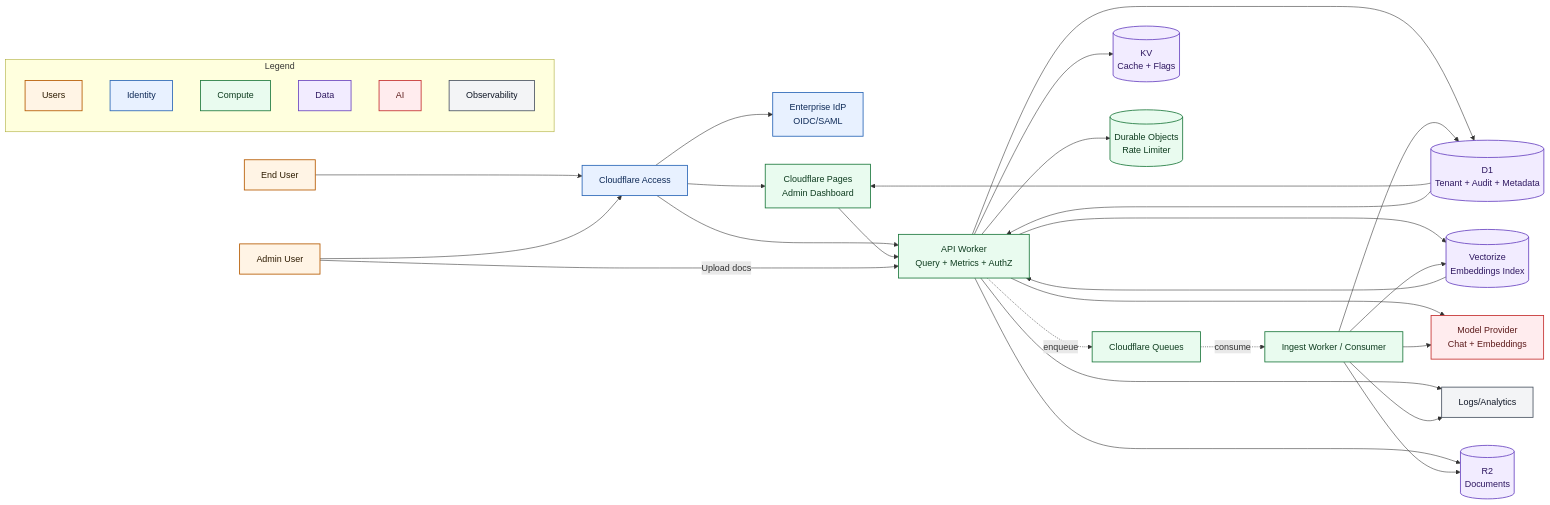
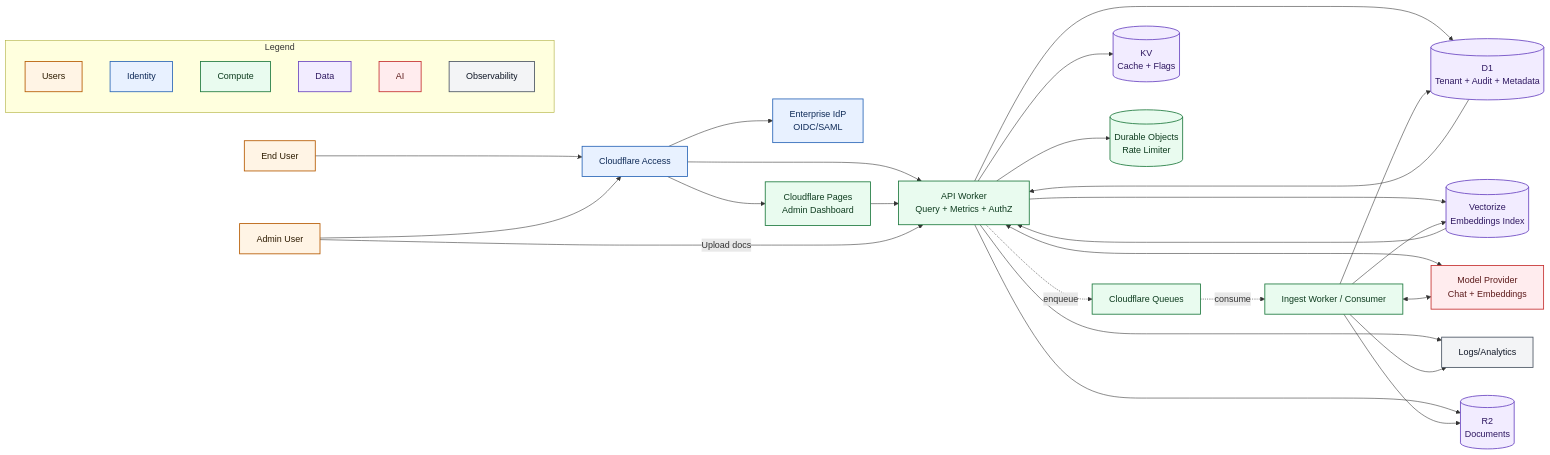
One commit to schradermade/compliance-assistant changed the diagram in infra/diagrams/cloudflare-system.mmd. Above: the diagram before and after it, drawn with Mermaid. The commit also changed 2 other files, not shown here.

Commit message:
docs(diagram): update architecture to finished-state interaction flows

```diff
--- a/infra/diagrams/cloudflare-system.mmd
+++ b/infra/diagrams/cloudflare-system.mmd
@@ -1,74 +1,73 @@
 flowchart LR
   user[End User]
   admin[Admin User]
   idp[Enterprise IdP<br/>OIDC/SAML]
   access[Cloudflare Access]
   pages[Cloudflare Pages<br/>Admin Dashboard]
   api[API Worker<br/>Query + Metrics + AuthZ]
   queue[Cloudflare Queues]
   ingest[Ingest Worker / Consumer]
   r2[(R2<br/>Documents)]
   vec[(Vectorize<br/>Embeddings Index)]
   d1[(D1<br/>Tenant + Audit + Metadata)]
   kv[(KV<br/>Cache + Flags)]
   do[(Durable Objects<br/>Rate Limiter)]
   llm[Model Provider<br/>Chat + Embeddings]
   logs[Logs/Analytics]
 
   user --> access
   admin --> access
   access --> idp
   access --> pages
   access --> api
 
   pages --> api
 
   api --> do
   api --> kv
   api --> d1
   api --> vec
-  api --> llm
+  api <--> llm
   api --> logs
 
   admin -->|Upload docs| api
   api --> r2
   api -. enqueue .-> queue
   queue -. consume .-> ingest
   ingest --> r2
-  ingest --> llm
+  ingest <--> llm
   ingest --> vec
   ingest --> d1
   ingest --> logs
 
   vec --> api
-  d1 --> pages
   d1 --> api
 
   subgraph legend[Legend]
     l1[Users]
     l2[Identity]
     l3[Compute]
     l4[Data]
     l5[AI]
     l6[Observability]
   end
 
   classDef users fill:#FFF4E5,stroke:#B65A00,stroke-width:1.5px,color:#2D1B00;
   classDef identity fill:#E8F1FF,stroke:#2A66B7,stroke-width:1.5px,color:#0E2A57;
   classDef compute fill:#E9FBEF,stroke:#1F7A3F,stroke-width:1.5px,color:#0D3B1E;
   classDef data fill:#F2ECFF,stroke:#6B46C1,stroke-width:1.5px,color:#2E1760;
   classDef ai fill:#FFECEE,stroke:#C53030,stroke-width:1.5px,color:#5C1A1A;
   classDef ops fill:#F3F4F6,stroke:#4B5563,stroke-width:1.5px,color:#111827;
 
   class user,admin users;
   class idp,access identity;
   class api,pages,ingest,queue,do compute;
   class r2,vec,d1,kv data;
   class llm ai;
   class logs ops;
   class l1 users;
   class l2 identity;
   class l3 compute;
   class l4 data;
   class l5 ai;
   class l6 ops;
```
